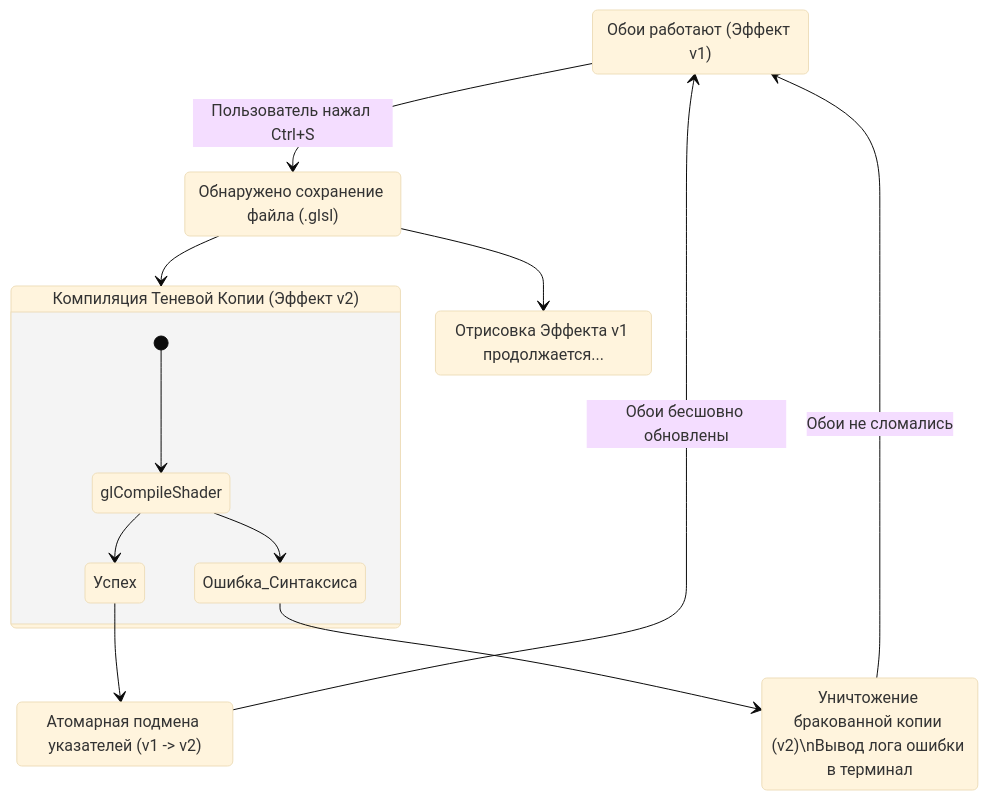
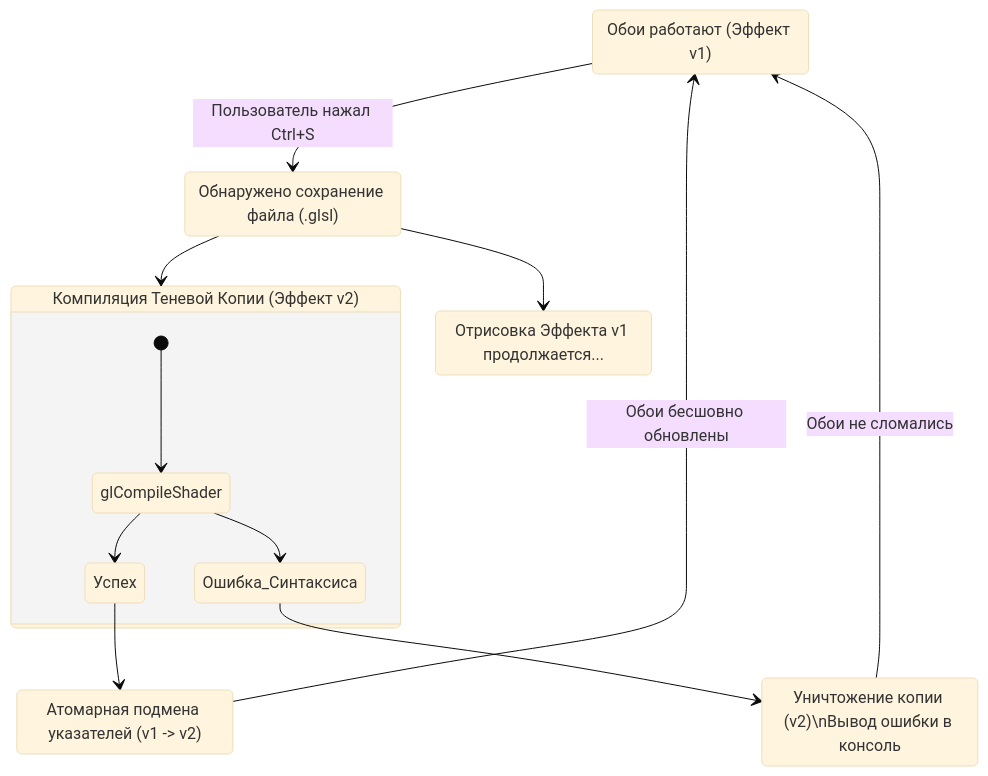
One commit to KMartianov/shader-desk changed the fourth of 4 diagrams in docs/ru/07-architecture-overview.md. Above: the diagram before and after it, drawn with Mermaid (base theme). The commit also changed other lines of this file, not shown here.

````diff
--- a/docs/ru/07-architecture-overview.md
+++ b/docs/ru/07-architecture-overview.md
@@ -191,27 +194,27 @@
 ```mermaid
 stateDiagram-v2
     state "Обои работают (Эффект v1)" as Working
     state "Обнаружено сохранение файла (.glsl)" as SaveEvent
     state "Компиляция Теневой Копии (Эффект v2)" as Compile
     state "Отрисовка Эффекта v1 продолжается..." as Parallel
     
     Working --> SaveEvent: Пользователь нажал Ctrl+S
     SaveEvent --> Compile
     SaveEvent --> Parallel
     
     state Compile {
         direction LR
         [*] --> glCompileShader
         glCompileShader --> Успех
         glCompileShader --> Ошибка_Синтаксиса
     }
     
     Успех --> Swap
     Ошибка_Синтаксиса --> Discard
     
     state "Атомарная подмена указателей (v1 -> v2)" as Swap
-    state "Уничтожение бракованной копии (v2)\nВывод лога ошибки в терминал" as Discard
+    state "Уничтожение копии (v2)\nВывод ошибки в консоль" as Discard
     
     Swap --> Working: Обои бесшовно обновлены
     Discard --> Working: Обои не сломались
 ```
````
